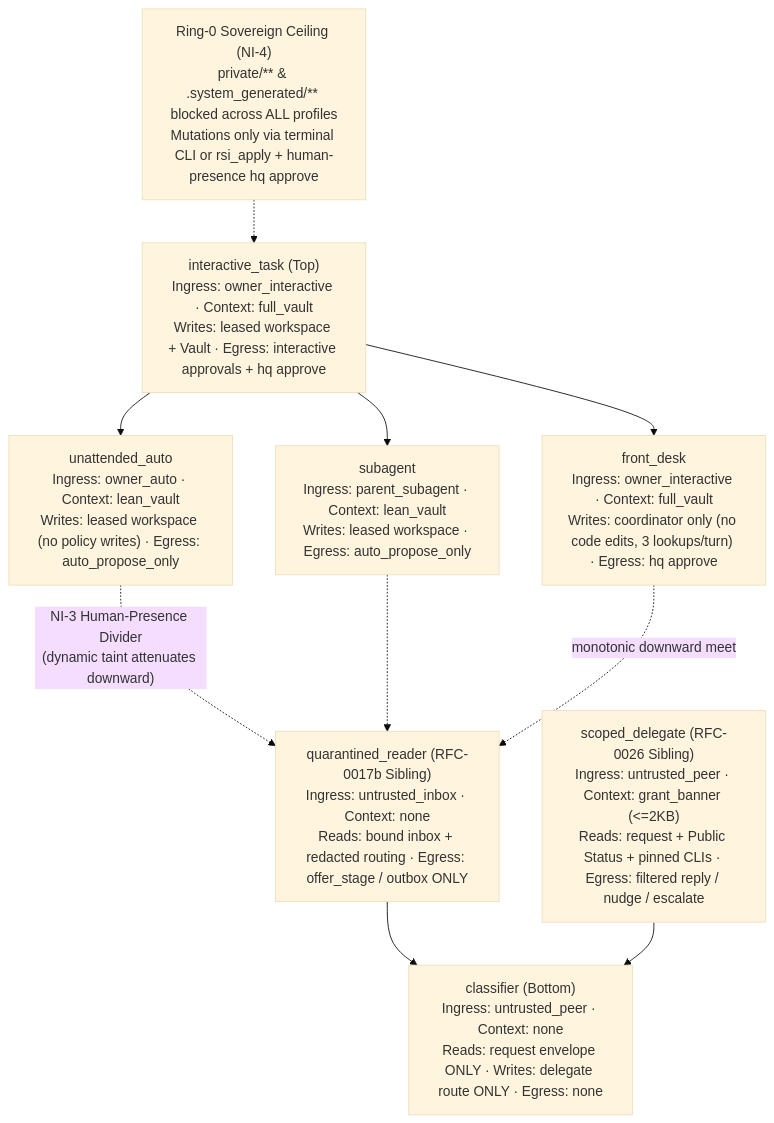
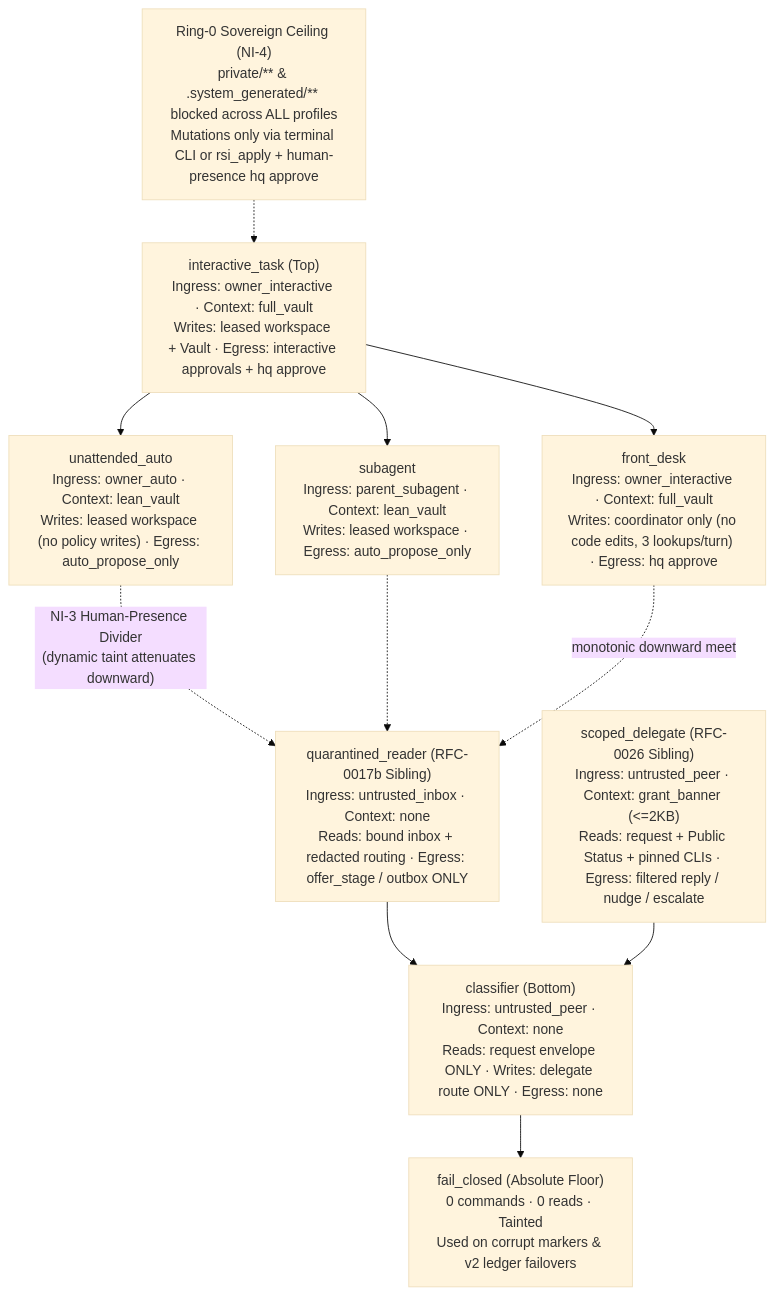
One commit to zjshen14/agy-hq changed the first of 4 diagrams in docs/design/0026-declarative-scoped-delegates.md. Above: the diagram before and after it, drawn with Mermaid (base theme). The commit also changed other lines of this file and 2 other files, not shown here.

````diff
--- a/docs/design/0026-declarative-scoped-delegates.md
+++ b/docs/design/0026-declarative-scoped-delegates.md
@@ -51,25 +52,27 @@
 ```mermaid
 flowchart TD
     CEIL["Ring-0 Sovereign Ceiling (NI-4)\nprivate/** & .system_generated/** blocked across ALL profiles\nMutations only via terminal CLI or rsi_apply + human-presence hq approve"]
 
     TOP["interactive_task (Top)\nIngress: owner_interactive · Context: full_vault\nWrites: leased workspace + Vault · Egress: interactive approvals + hq approve"]
     FD["front_desk\nIngress: owner_interactive · Context: full_vault\nWrites: coordinator only (no code edits, 3 lookups/turn) · Egress: hq approve"]
 
     AUTO["unattended_auto\nIngress: owner_auto · Context: lean_vault\nWrites: leased workspace (no policy writes) · Egress: auto_propose_only"]
     SUB["subagent\nIngress: parent_subagent · Context: lean_vault\nWrites: leased workspace · Egress: auto_propose_only"]
 
     QR["quarantined_reader (RFC-0017b Sibling)\nIngress: untrusted_inbox · Context: none\nReads: bound inbox + redacted routing · Egress: offer_stage / outbox ONLY"]
     SD["scoped_delegate (RFC-0026 Sibling)\nIngress: untrusted_peer · Context: grant_banner (<=2KB)\nReads: request + Public Status + pinned CLIs · Egress: filtered reply / nudge / escalate"]
 
     BOT["classifier (Bottom)\nIngress: untrusted_peer · Context: none\nReads: request envelope ONLY · Writes: delegate route ONLY · Egress: none"]
+    FAIL["fail_closed (Absolute Floor)\n0 commands · 0 reads · Tainted\nUsed on corrupt markers & v2 ledger failovers"]
 
     CEIL -.-> TOP
     TOP --> FD
     TOP --> AUTO
     TOP --> SUB
     AUTO -.->|"NI-3 Human-Presence Divider\n(dynamic taint attenuates downward)"| QR
     SUB -.-> QR
     FD -.->|"monotonic downward meet"| QR
     QR --> BOT
     SD --> BOT
+    BOT --> FAIL
 ```
````
